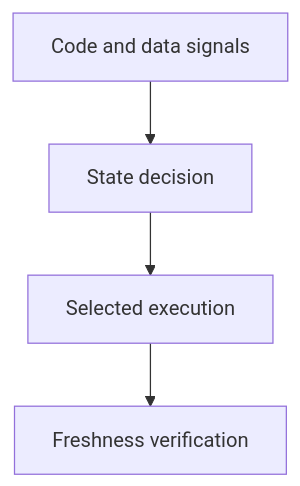
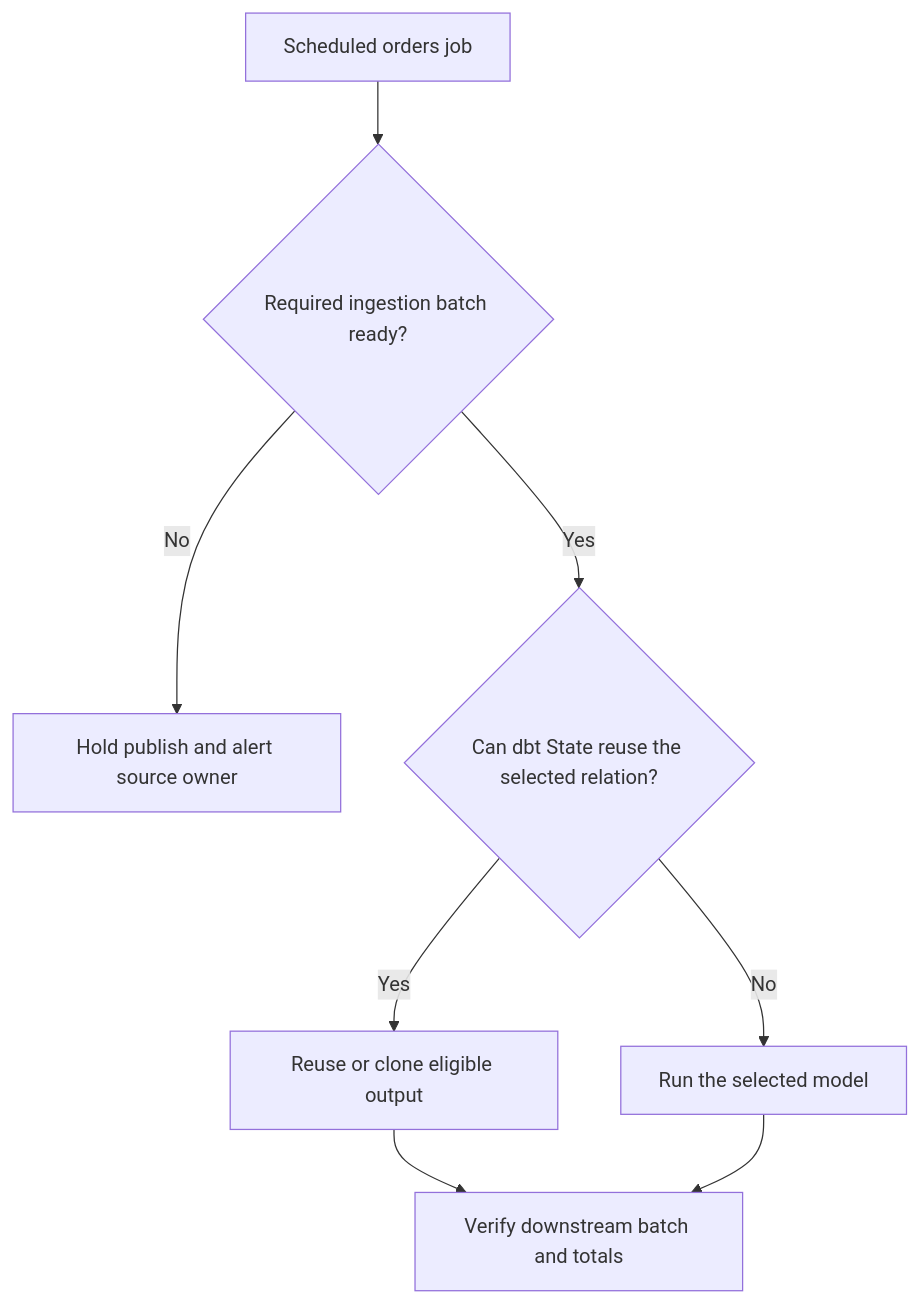
One commit to Rohit1024/dbt-learn changed the diagram in docs/lessons/0037-dbt-state-and-freshness-aware-orchestration.md. Above: the diagram before and after it, drawn with Mermaid. The commit also changed other lines of this file and 4 other files, not shown here.

````diff
--- a/docs/lessons/0037-dbt-state-and-freshness-aware-orchestration.md
+++ b/docs/lessons/0037-dbt-state-and-freshness-aware-orchestration.md
@@ -7,8 +15,10 @@
 ```mermaid
 flowchart TD
-    A["Code and data signals"]
-    B["State decision"]
-    C["Selected execution"]
-    D["Freshness verification"]
-    A --> B --> C --> D
+    A["Scheduled orders job"] --> B{"Required ingestion batch ready?"}
+    B -->|No| C["Hold publish and alert source owner"]
+    B -->|Yes| D{"Can dbt State reuse the selected relation?"}
+    D -->|Yes| E["Reuse or clone eligible output"]
+    D -->|No| F["Run the selected model"]
+    E --> G["Verify downstream batch and totals"]
+    F --> G
 ```
````
